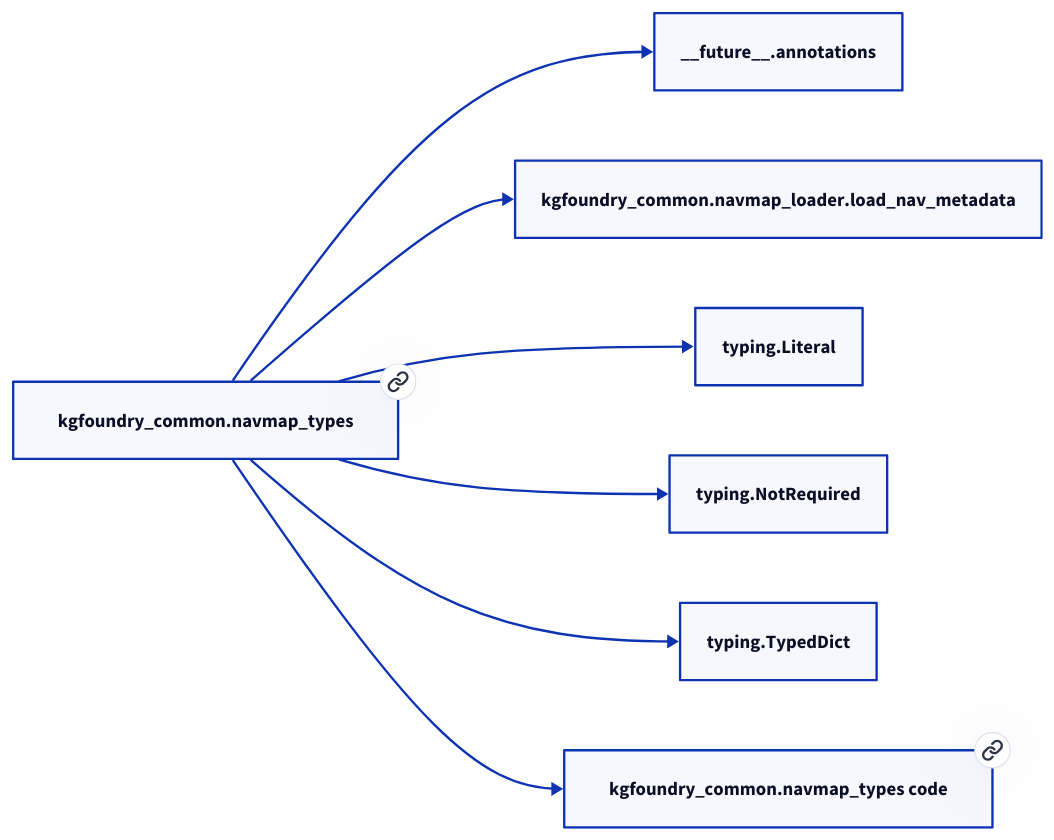
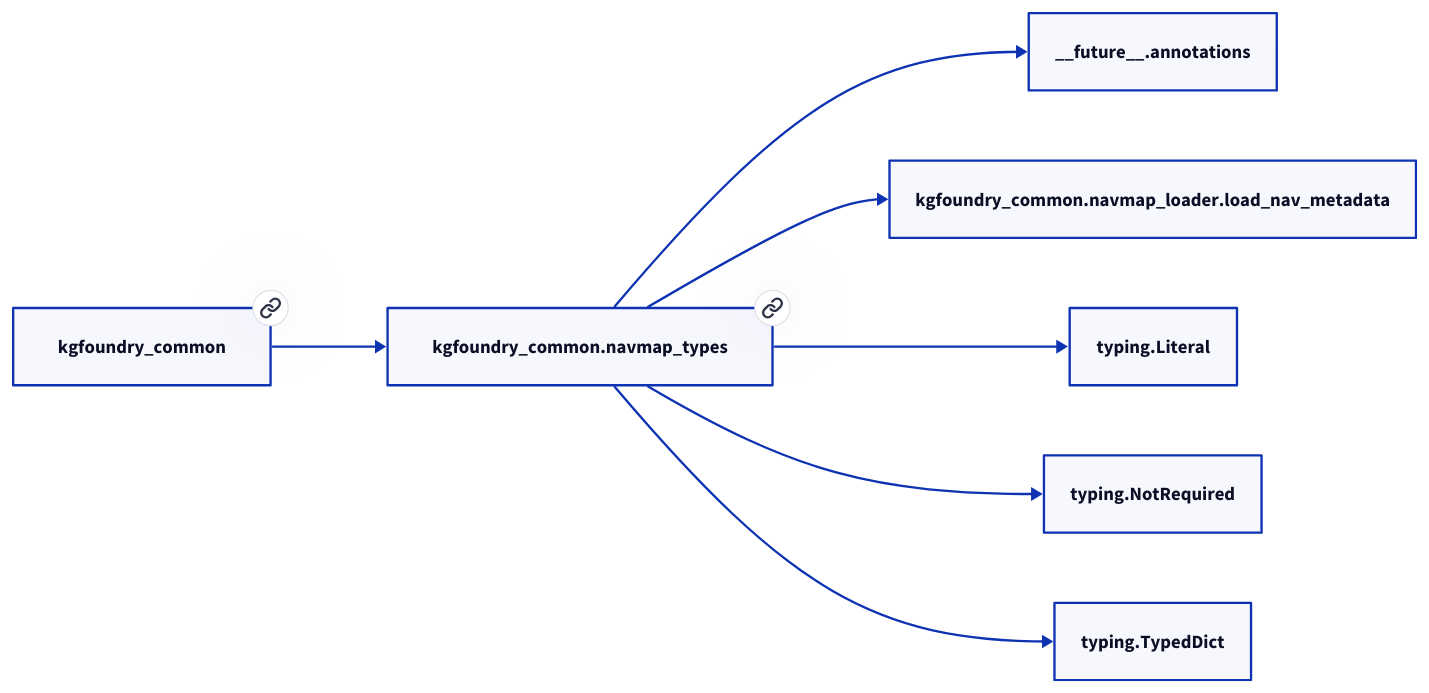
Before and after one commit to paul-heyse/kgforge: the second of 2 diagrams in docs/modules/kgfoundry_common/navmap_types.md, drawn with D2. The commit also changed other lines of this file and 208 other files, not shown here.

````diff
--- a/docs/modules/kgfoundry_common/navmap_types.md
+++ b/docs/modules/kgfoundry_common/navmap_types.md
@@ -64,16 +68,16 @@
 ```d2
 direction: right
-"kgfoundry_common.navmap_types": "kgfoundry_common.navmap_types" { link: "./kgfoundry_common/navmap_types.md" }
+"kgfoundry_common.navmap_types": "kgfoundry_common.navmap_types" { link: "https://github.com/paul-heyse/kgfoundry/blob/main/src/kgfoundry_common/navmap_types.py" }
 "__future__.annotations": "__future__.annotations"
 "kgfoundry_common.navmap_types" -> "__future__.annotations"
 "kgfoundry_common.navmap_loader.load_nav_metadata": "kgfoundry_common.navmap_loader.load_nav_metadata"
 "kgfoundry_common.navmap_types" -> "kgfoundry_common.navmap_loader.load_nav_metadata"
 "typing.Literal": "typing.Literal"
 "kgfoundry_common.navmap_types" -> "typing.Literal"
 "typing.NotRequired": "typing.NotRequired"
 "kgfoundry_common.navmap_types" -> "typing.NotRequired"
 "typing.TypedDict": "typing.TypedDict"
 "kgfoundry_common.navmap_types" -> "typing.TypedDict"
-"kgfoundry_common.navmap_types_code": "kgfoundry_common.navmap_types code" { link: "https://github.com/kgfoundry/kgfoundry/blob/main/src/kgfoundry_common/navmap_types.py" }
-"kgfoundry_common.navmap_types" -> "kgfoundry_common.navmap_types_code" { style: dashed }
+"kgfoundry_common": "kgfoundry_common" { link: "https://github.com/paul-heyse/kgfoundry/blob/main/src/kgfoundry_common/__init__.py" }
+"kgfoundry_common" -> "kgfoundry_common.navmap_types" { style: dashed }
 ```
````
